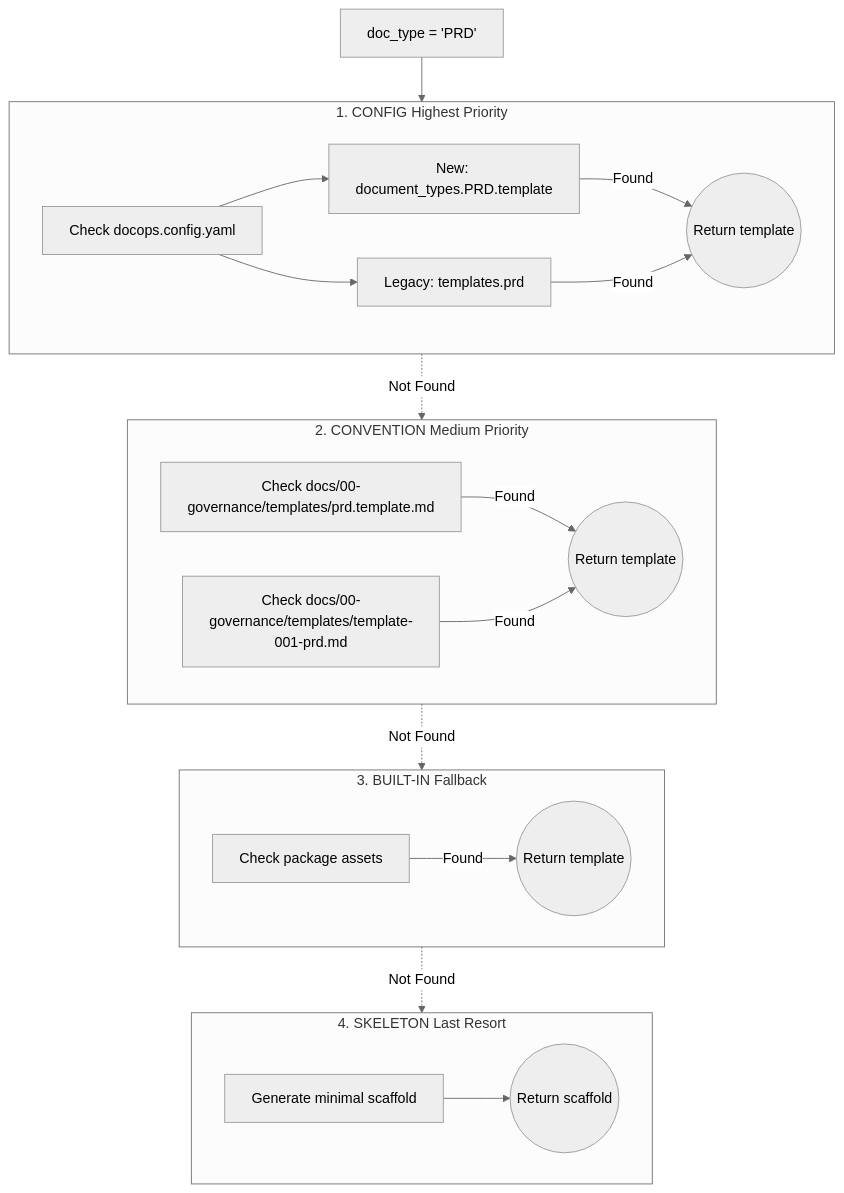
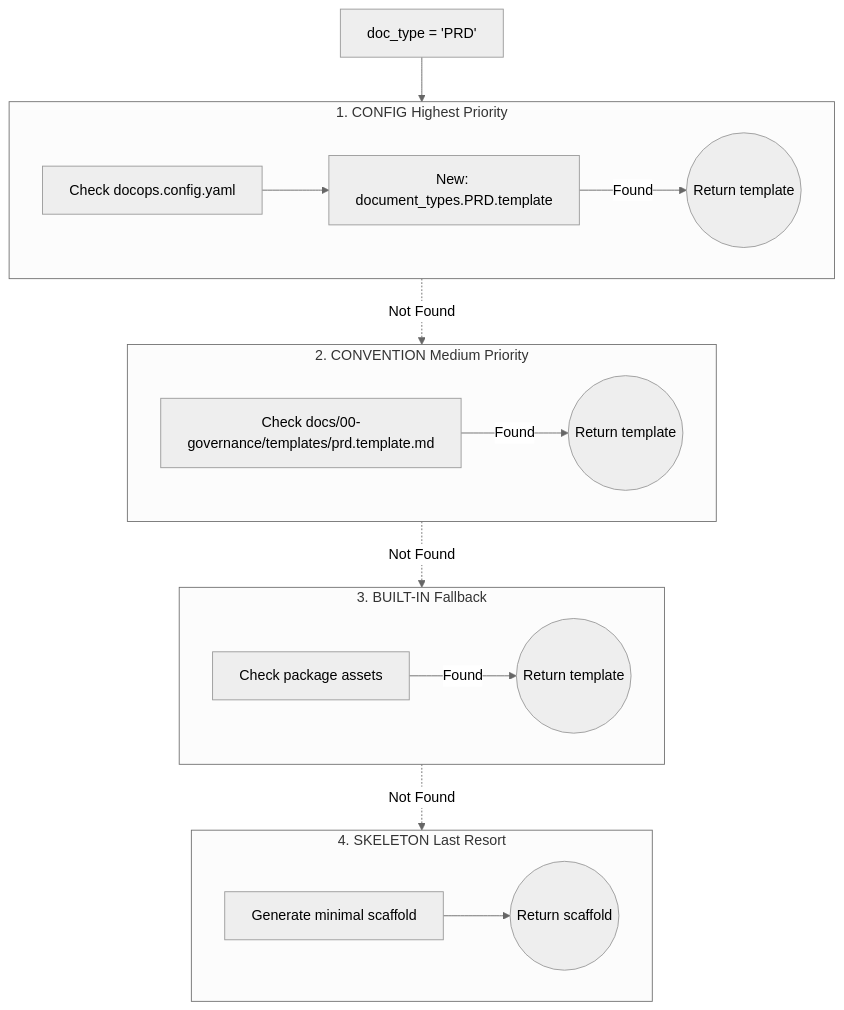
The third of 6 diagrams in docs/10-prd/prd-006-document-templates.md (GitCmurf/meminit), drawn with Mermaid (neutral theme) before and after one commit. The commit also changed other lines of this file and 1 other file, not shown here.

Commit message:
fix: code review comments; prep: prd-006 for doc templates

````diff
--- a/docs/10-prd/prd-006-document-templates.md
+++ b/docs/10-prd/prd-006-document-templates.md
@@ -642,33 +650,29 @@
 ```mermaid
 flowchart TD
     Start[doc_type = 'PRD'] --> S1
 
     subgraph S1[1. CONFIG Highest Priority]
         C1[Check docops.config.yaml] --> C2[New: document_types.PRD.template]
-        C1 --> C3[Legacy: templates.prd]
         C2 --> |Found| End1((Return template))
-        C3 --> |Found| End1
     end
 
     S1 -.->|Not Found| S2
 
     subgraph S2[2. CONVENTION Medium Priority]
         V1[Check docs/00-governance/templates/prd.template.md]
-        V2[Check docs/00-governance/templates/template-001-prd.md]
         V1 --> |Found| End2((Return template))
-        V2 --> |Found| End2
     end
 
     S2 -.->|Not Found| S3
 
     subgraph S3[3. BUILT-IN Fallback]
         B1[Check package assets]
         B1 --> |Found| End3((Return template))
     end
 
     S3 -.->|Not Found| S4
 
     subgraph S4[4. SKELETON Last Resort]
         SK1[Generate minimal scaffold] --> End4((Return scaffold))
     end
 ```
````
